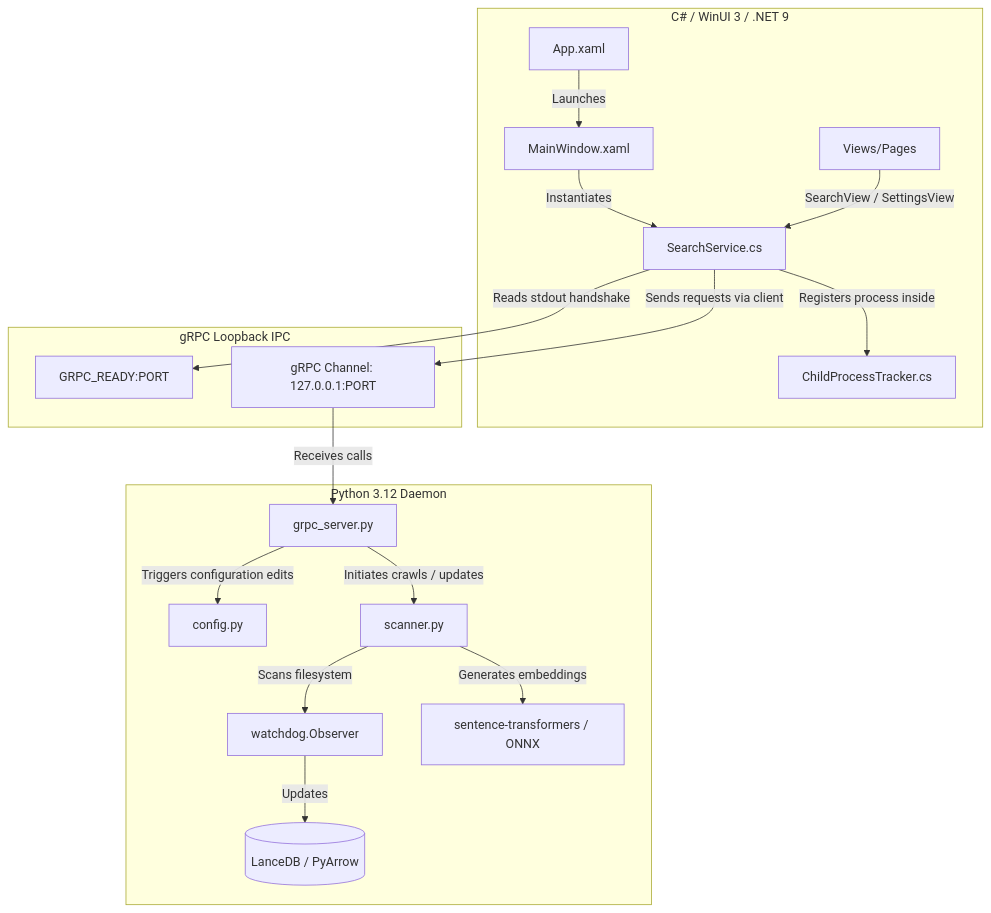
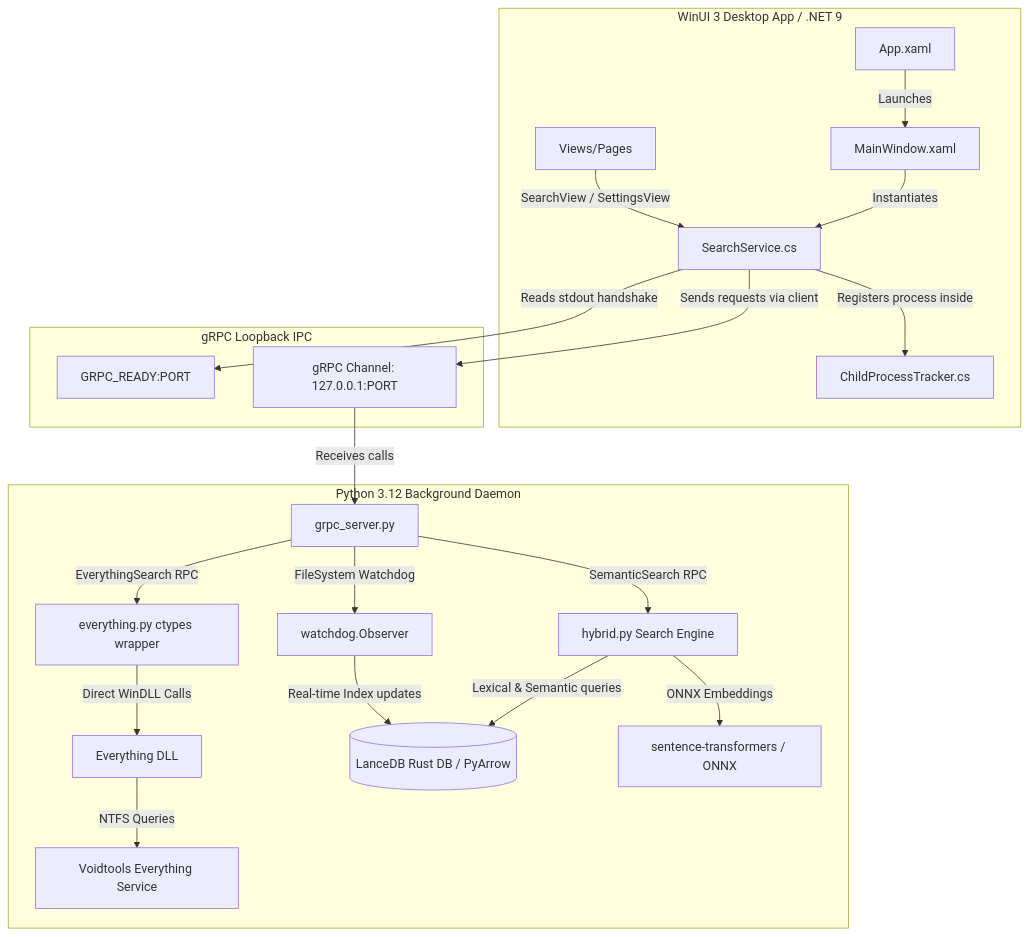
One commit to Pikachu-5/local-semantic-file-search changed the diagram in README.md. Above: the diagram before and after it, drawn with Mermaid. The commit also changed other lines of this file and 56 other files, not shown here.

Commit message:
Add Visual Studio project file for sdk.dll and implement SearchItem model in SwiftSearch

````diff
--- a/README.md
+++ b/README.md
@@ -20,29 +11,32 @@
 ```mermaid
 graph TD
     %% Frontend Core
-    subgraph Frontend [C# / WinUI 3 / .NET 9]
+    subgraph Frontend [WinUI 3 Desktop App / .NET 9]
         App[App.xaml] -->|Launches| MainWindow[MainWindow.xaml]
         MainWindow -->|Instantiates| SearchService[SearchService.cs]
         SearchService -->|Registers process inside| JobObject[ChildProcessTracker.cs]
-        
         Views[Views/Pages] -->|SearchView / SettingsView| SearchService
     end
 
     %% IPC Bridge
     subgraph IPC [gRPC Loopback IPC]
         SearchService -->|Reads stdout handshake| PortPort[GRPC_READY:PORT]
         SearchService -->|Sends requests via client| GRPC[gRPC Channel: 127.0.0.1:PORT]
     end
 
     %% Backend Daemon
-    subgraph Backend [Python 3.12 Daemon]
+    subgraph Backend [Python 3.12 Background Daemon]
         GRPC -->|Receives calls| Servicer[grpc_server.py]
-        Servicer -->|Triggers configuration edits| Config[config.py]
-        Servicer -->|Initiates crawls / updates| Scanner[scanner.py]
+        Servicer -->|EverythingSearch RPC| Everything[everything.py ctypes wrapper]
+        Servicer -->|SemanticSearch RPC| Hybrid[hybrid.py Search Engine]
         
-        Scanner -->|Scans filesystem| Watcher[watchdog.Observer]
-        Watcher -->|Updates| DB[(LanceDB / PyArrow)]
+        Everything -->|Direct WinDLL Calls| SDK[Everything DLL]
+        SDK -->|NTFS Queries| EvService[Voidtools Everything Service]
         
-        Scanner -->|Generates embeddings| Embed[sentence-transformers / ONNX]
+        Hybrid -->|Lexical & Semantic queries| LanceDB[(LanceDB Rust DB / PyArrow)]
+        Hybrid -->|ONNX Embeddings| Models[sentence-transformers / ONNX]
+        
+        Servicer -->|FileSystem Watchdog| Watcher[watchdog.Observer]
+        Watcher -->|Real-time Index updates| LanceDB
     end
 ```
````
